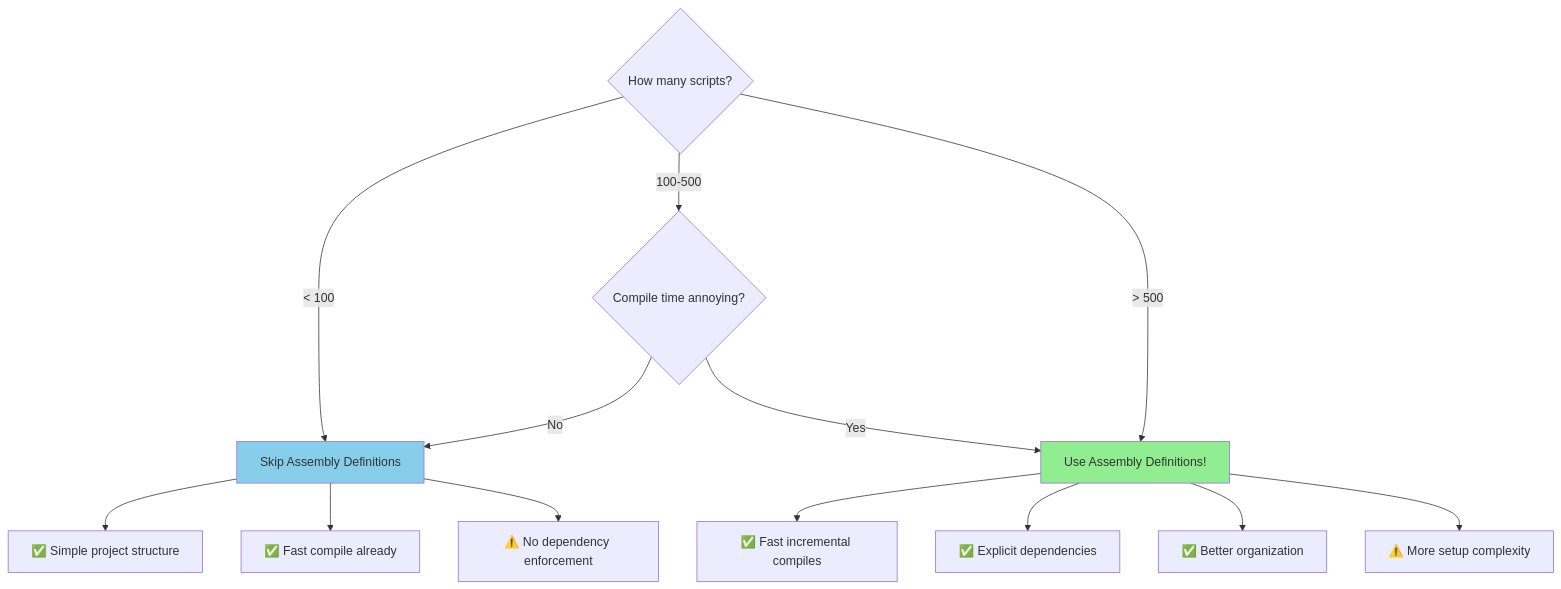
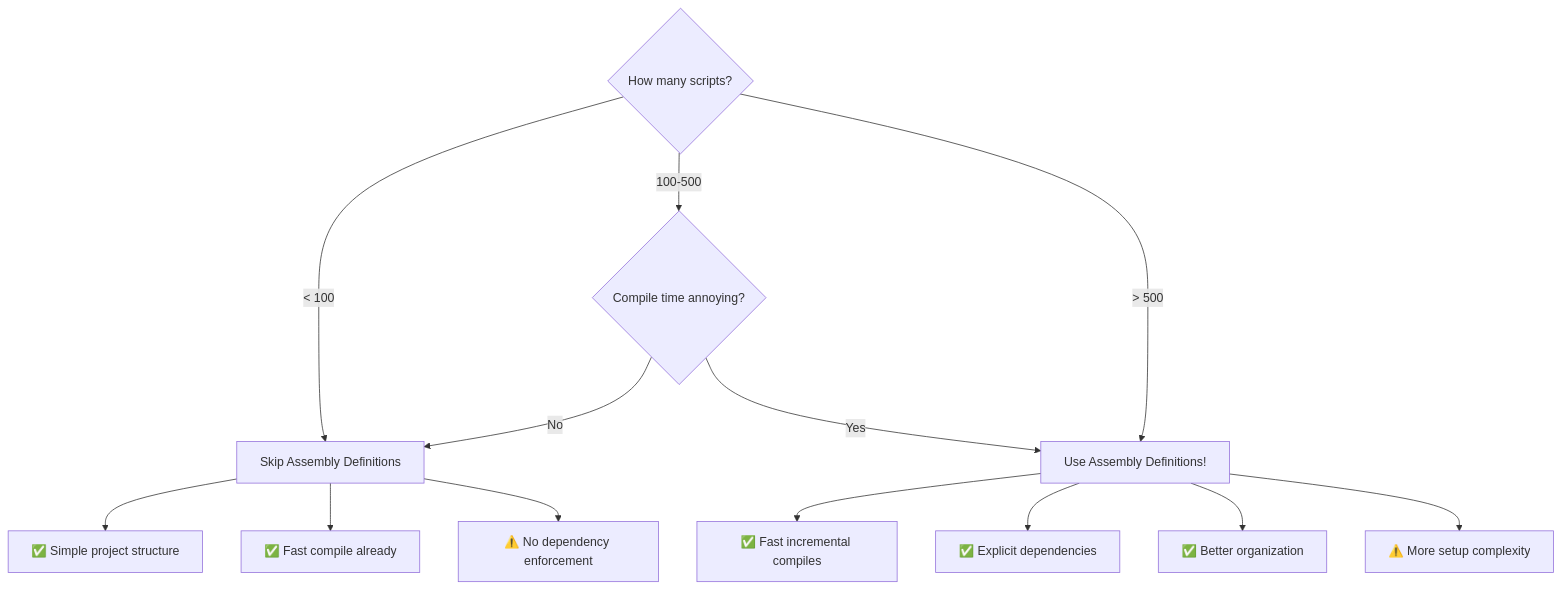
Before and after one commit to wallstop/unity-tips: the fourth of 4 diagrams in docs/assembly-definitions/README.md, drawn with Mermaid. The commit also changed other lines of this file and 27 other files, not shown here.

Commit message:
Convert ASCII diagrams to Mermaid format (#30)

````diff
--- a/docs/assembly-definitions/README.md
+++ b/docs/assembly-definitions/README.md
@@ -446,21 +433,19 @@
 ```mermaid
 graph TD
     A{How many scripts?} -->|< 100| B[Skip Assembly Definitions]
     A -->|100-500| C{Compile time annoying?}
     A -->|> 500| D[Use Assembly Definitions!]
 
     C -->|No| B
     C -->|Yes| D
 
     B --> B1[✅ Simple project structure]
     B --> B2[✅ Fast compile already]
     B --> B3[⚠️ No dependency enforcement]
 
     D --> D1[✅ Fast incremental compiles]
     D --> D2[✅ Explicit dependencies]
     D --> D3[✅ Better organization]
     D --> D4[⚠️ More setup complexity]
 
-    style D fill:#90EE90
-    style B fill:#87CEEB
 ```
````
